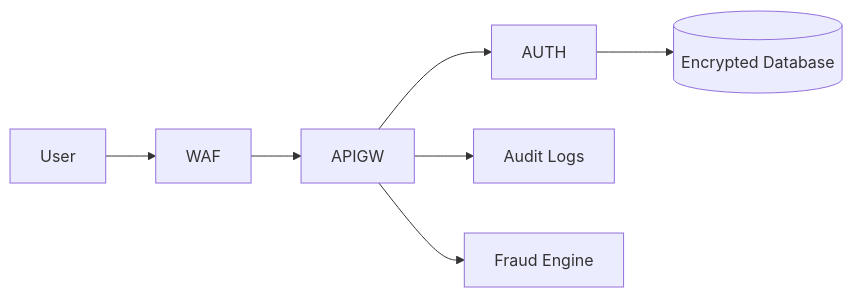
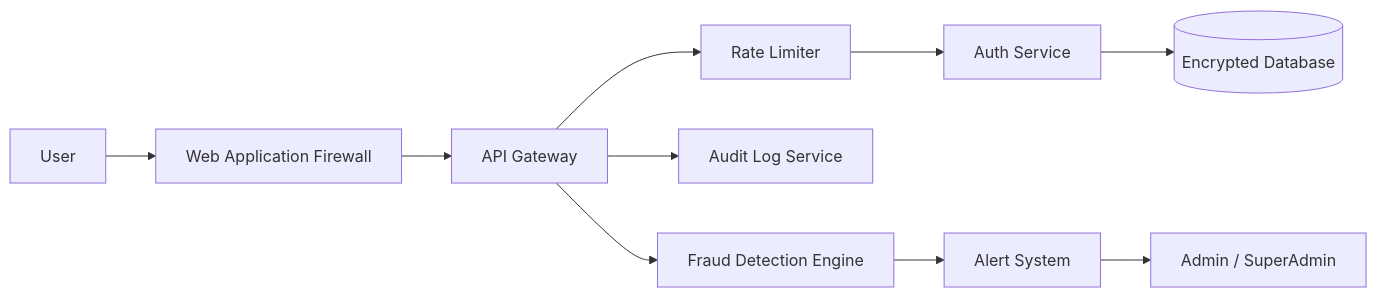
The fourth of 5 diagrams in README.md (jitenderdeveloper/concept), drawn with Mermaid before and after one commit. The commit also changed other lines of this file and 1 other file, not shown here.

````diff
--- a/README.md
+++ b/README.md
@@ -179,9 +471,12 @@
 ```mermaid
 flowchart LR
-User --> WAF
-WAF --> APIGW
-APIGW --> AUTH
-AUTH --> DB[(Encrypted Database)]
-APIGW --> LOG[Audit Logs]
-APIGW --> FRAUD[Fraud Engine]
+    User --> WAF[Web Application Firewall]
+    WAF --> APIGW[API Gateway]
+    APIGW --> RATELIMIT[Rate Limiter]
+    RATELIMIT --> AUTH[Auth Service]
+    AUTH --> DB[(Encrypted Database)]
+    APIGW --> LOG[Audit Log Service]
+    APIGW --> FRAUD[Fraud Detection Engine]
+    FRAUD --> ALERT[Alert System]
+    ALERT --> Admin[Admin / SuperAdmin]
 ```
````
